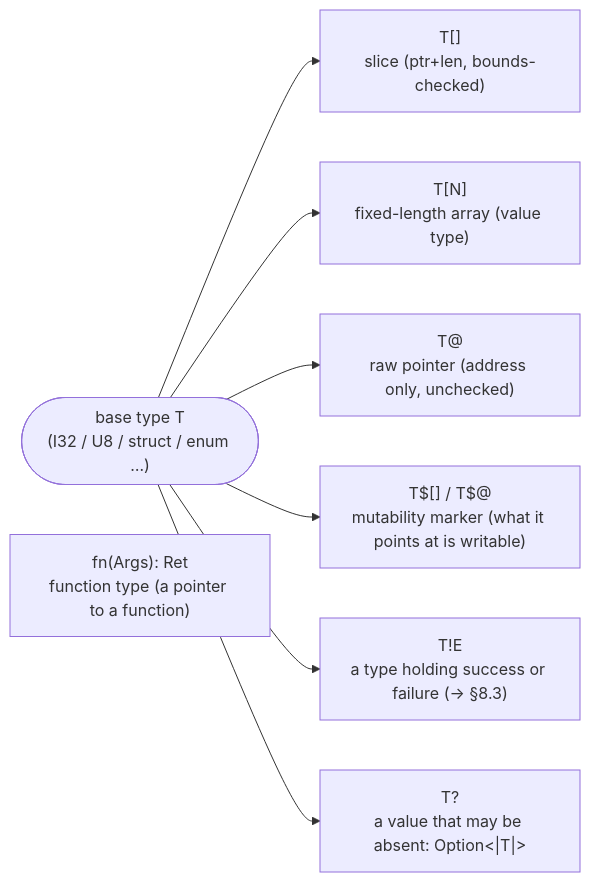
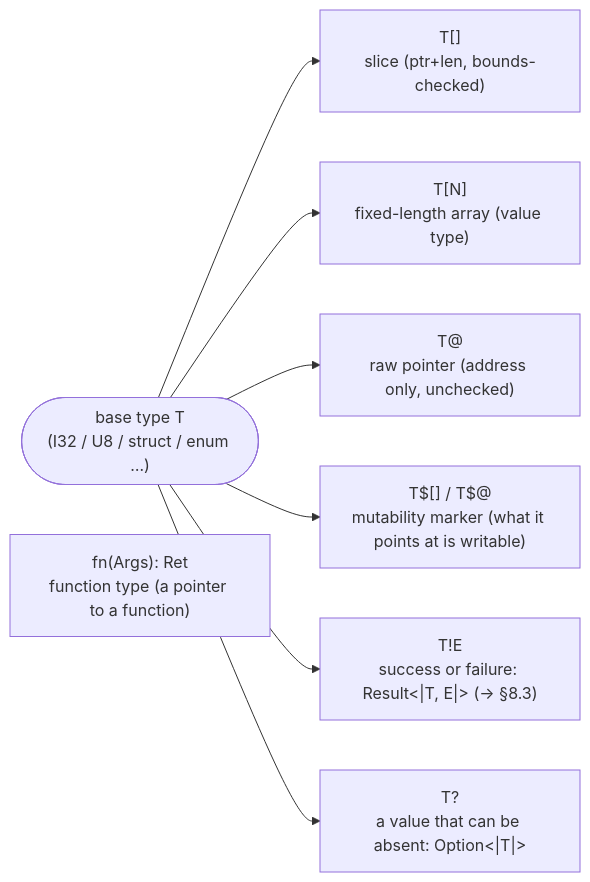
The first of 10 diagrams in docs/SPEC-language.md (kansosystem-org/kspl-experimental), drawn with Mermaid before and after one commit. The commit also changed other lines of this file and 784 other files, not shown here.

````diff
--- a/docs/SPEC-language.md
+++ b/docs/SPEC-language.md
@@ -399,11 +399,11 @@
 ```mermaid
 flowchart LR
     T(["base type T<br/>(I32 / U8 / struct / enum …)"])
     T --> SL["T[]<br/>slice (ptr+len, bounds-checked)"]
     T --> AR["T[N]<br/>fixed-length array (value type)"]
     T --> AT["T@<br/>raw pointer (address only, unchecked)"]
     T --> IM["T$[] / T$@<br/>mutability marker (what it points at is writable)"]
-    T --> RE["T!E<br/>a type holding success or failure (-> §8.3)"]
-    T --> OP["T?<br/>a value that may be absent: Option&lt;|T|&gt;"]
+    T --> RE["T!E<br/>success or failure: Result&lt;|T, E|&gt; (-> §8.3)"]
+    T --> OP["T?<br/>a value that can be absent: Option&lt;|T|&gt;"]
     FN["fn(Args): Ret<br/>function type (a pointer to a function)"]
 ```
````
